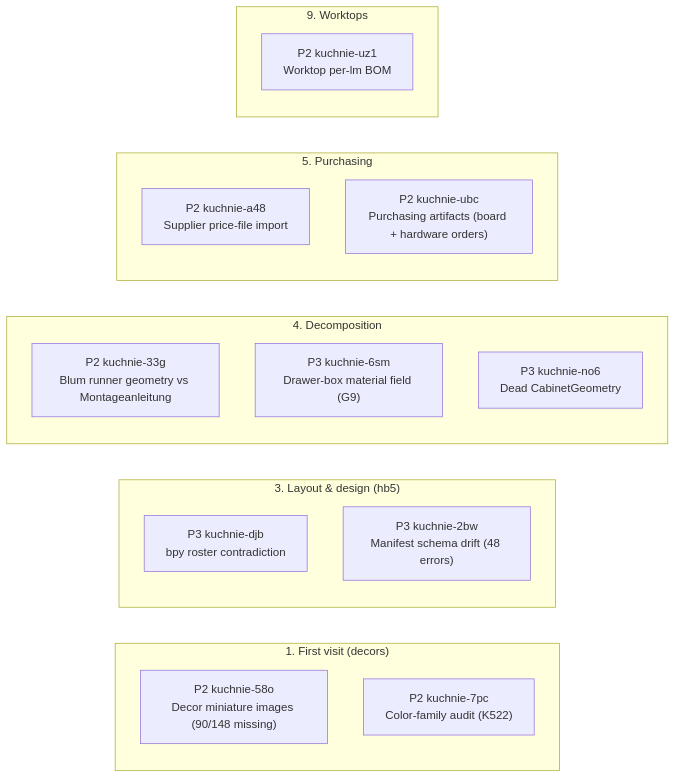
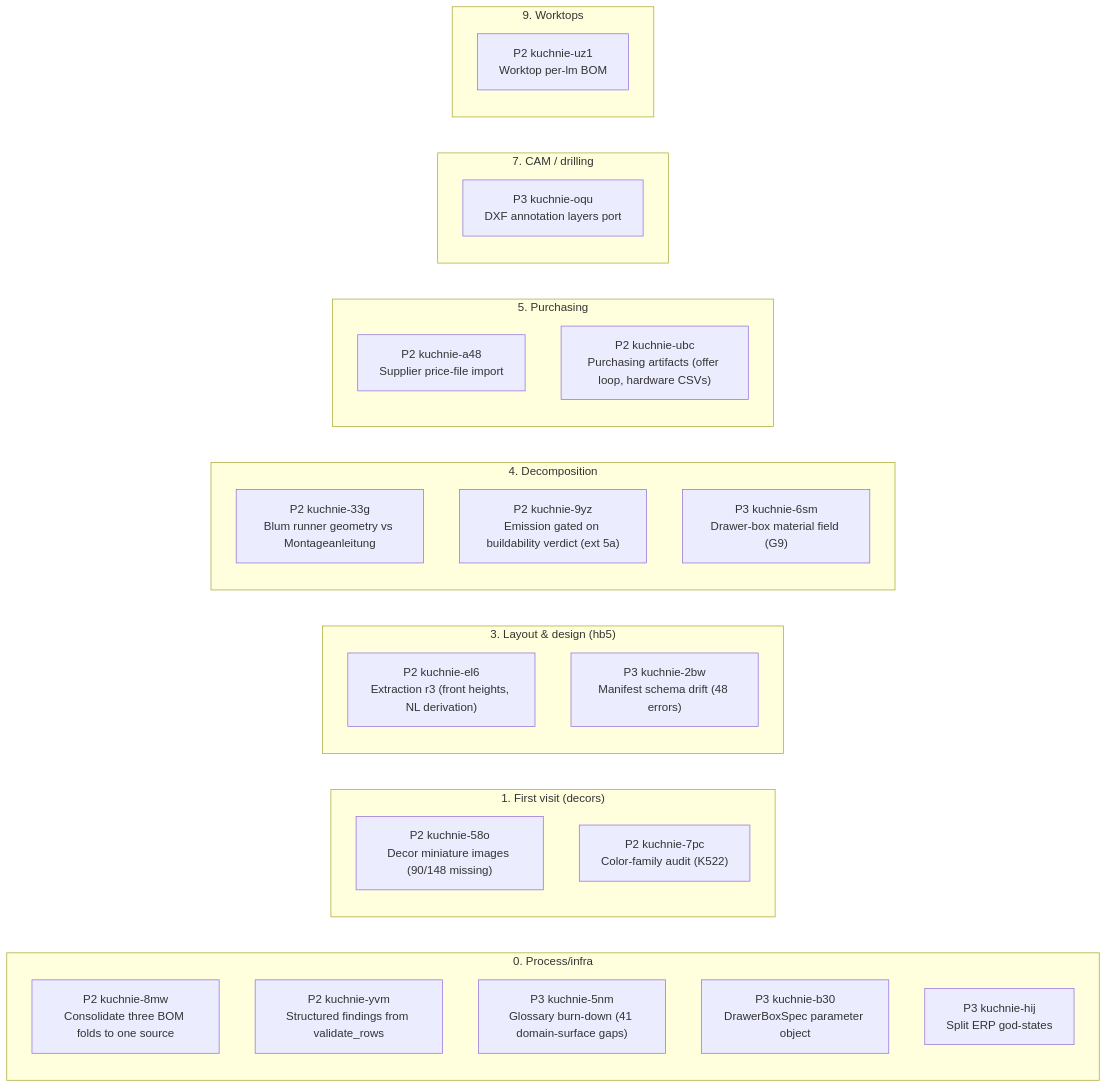
Before and after one commit to m1981/kuchnie: the first of 2 diagrams in STATUS.md, drawn with Mermaid. The commit also changed other lines of this file and 7 other files, not shown here.

Commit message:
dashboard v2 (wk-f6d3d2f1): five PM questions with needle commands — UC progress bars, owner lane, product|process split + proportion, gap register, all-specs R7; axis column + gap-register.csv; satisfied items wk-5cb8c45e/wk-99b51e00 closed en route

````diff
--- a/STATUS.md
+++ b/STATUS.md
@@ -53,23 +114,33 @@
 ```mermaid
 flowchart LR
+    subgraph s0 ["0. Process/infra"]
+        kuchnie_8mw["P2 kuchnie-8mw<br/>Consolidate three BOM folds to one source"]
+        kuchnie_yvm["P2 kuchnie-yvm<br/>Structured findings from validate_rows"]
+        kuchnie_5nm["P3 kuchnie-5nm<br/>Glossary burn-down (41 domain-surface gaps)"]
+        kuchnie_b30["P3 kuchnie-b30<br/>DrawerBoxSpec parameter object"]
+        kuchnie_hij["P3 kuchnie-hij<br/>Split ERP god-states"]
+    end
     subgraph s1 ["1. First visit (decors)"]
         kuchnie_58o["P2 kuchnie-58o<br/>Decor miniature images (90/148 missing)"]
         kuchnie_7pc["P2 kuchnie-7pc<br/>Color-family audit (K522)"]
     end
     subgraph s3 ["3. Layout & design (hb5)"]
-        kuchnie_djb["P3 kuchnie-djb<br/>bpy roster contradiction"]
+        kuchnie_el6["P2 kuchnie-el6<br/>Extraction r3 (front heights, NL derivation)"]
         kuchnie_2bw["P3 kuchnie-2bw<br/>Manifest schema drift (48 errors)"]
     end
     subgraph s4 ["4. Decomposition"]
         kuchnie_33g["P2 kuchnie-33g<br/>Blum runner geometry vs Montageanleitung"]
+        kuchnie_9yz["P2 kuchnie-9yz<br/>Emission gated on buildability verdict (ext 5a)"]
         kuchnie_6sm["P3 kuchnie-6sm<br/>Drawer-box material field (G9)"]
-        kuchnie_no6["P3 kuchnie-no6<br/>Dead CabinetGeometry"]
     end
     subgraph s5 ["5. Purchasing"]
         kuchnie_a48["P2 kuchnie-a48<br/>Supplier price-file import"]
-        kuchnie_ubc["P2 kuchnie-ubc<br/>Purchasing artifacts (board + hardware orders)"]
+        kuchnie_ubc["P2 kuchnie-ubc<br/>Purchasing artifacts (offer loop, hardware CSVs)"]
+    end
+    subgraph s7 ["7. CAM / drilling"]
+        kuchnie_oqu["P3 kuchnie-oqu<br/>DXF annotation layers port"]
     end
     subgraph s9 ["9. Worktops"]
         kuchnie_uz1["P2 kuchnie-uz1<br/>Worktop per-lm BOM"]
     end
 ```
````
